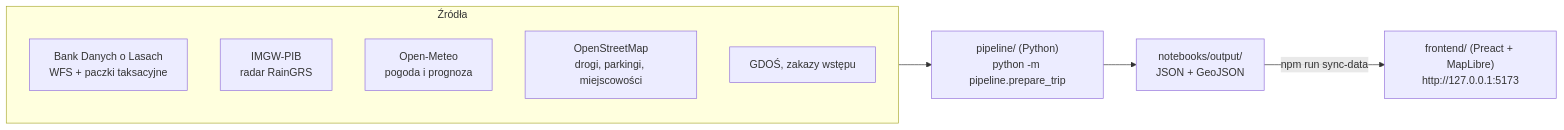
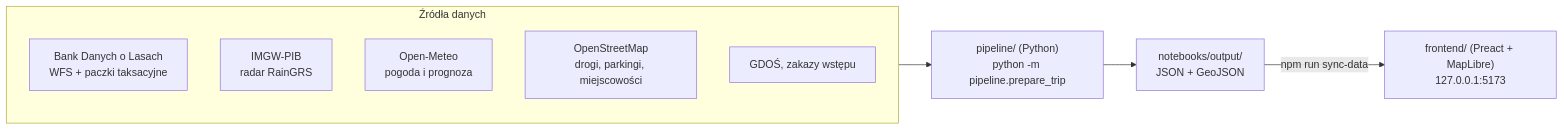
Before and after one commit to julekD82/borowik: the diagram in README.md, drawn with Mermaid. The commit also changed other lines of this file, not shown here.

Commit message:
README: diagram Mermaid bez polskich znakow w identyfikatorach, ostrozniejsze opisy

````diff
--- a/README.md
+++ b/README.md
@@ -24,13 +24,13 @@
 ```mermaid
 flowchart LR
-    subgraph Źródła
-        BDL[Bank Danych o Lasach<br/>WFS + paczki taksacyjne]
-        IMGW[IMGW-PIB<br/>radar RainGRS]
-        OM[Open-Meteo<br/>pogoda i prognoza]
-        OSM[OpenStreetMap<br/>drogi, parkingi, miejscowości]
-        GDOS[GDOŚ, zakazy wstępu]
+    subgraph zrodla ["Źródła danych"]
+        BDL["Bank Danych o Lasach<br/>WFS + paczki taksacyjne"]
+        IMGW["IMGW-PIB<br/>radar RainGRS"]
+        OM["Open-Meteo<br/>pogoda i prognoza"]
+        OSM["OpenStreetMap<br/>drogi, parkingi, miejscowości"]
+        GDOS["GDOŚ, zakazy wstępu"]
     end
-    Źródła --> P["pipeline/ (Python)<br/>python -m pipeline.prepare_trip"]
+    zrodla --> P["pipeline/ (Python)<br/>python -m pipeline.prepare_trip"]
     P --> O["notebooks/output/<br/>JSON + GeoJSON"]
-    O -->|npm run sync-data| F["frontend/ (Preact + MapLibre)<br/>http://127.0.0.1:5173"]
+    O -->|npm run sync-data| F["frontend/ (Preact + MapLibre)<br/>127.0.0.1:5173"]
 ```
````
